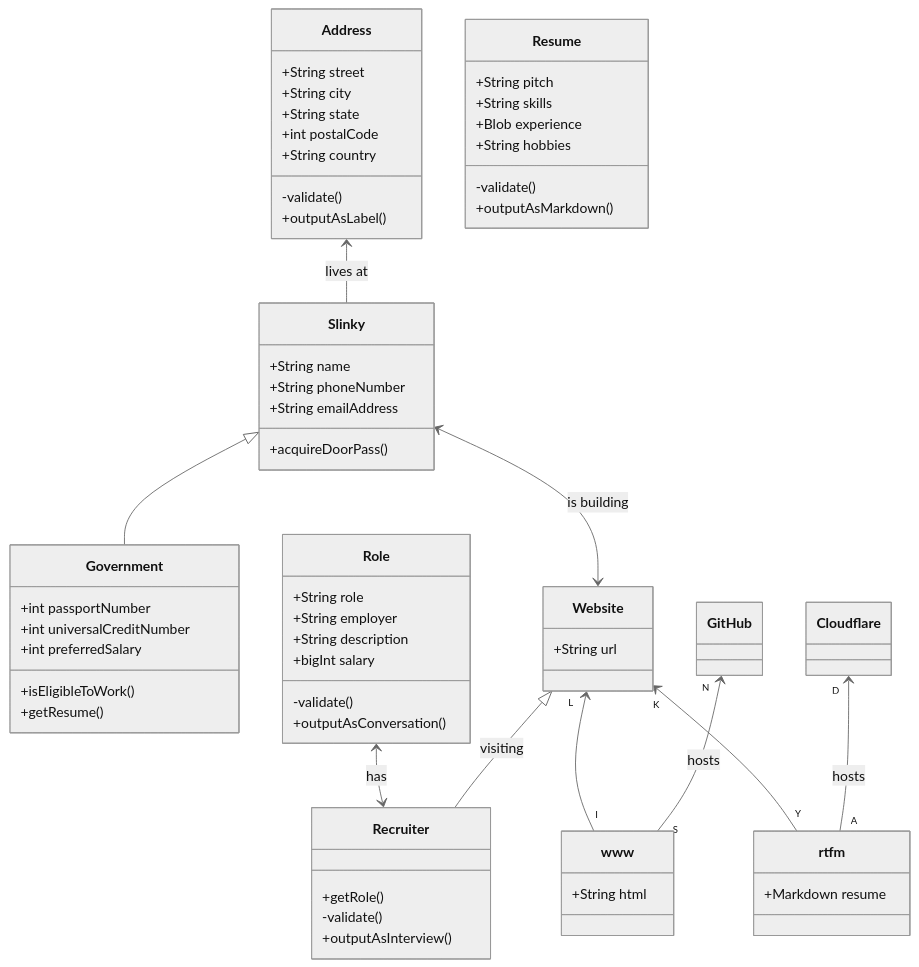
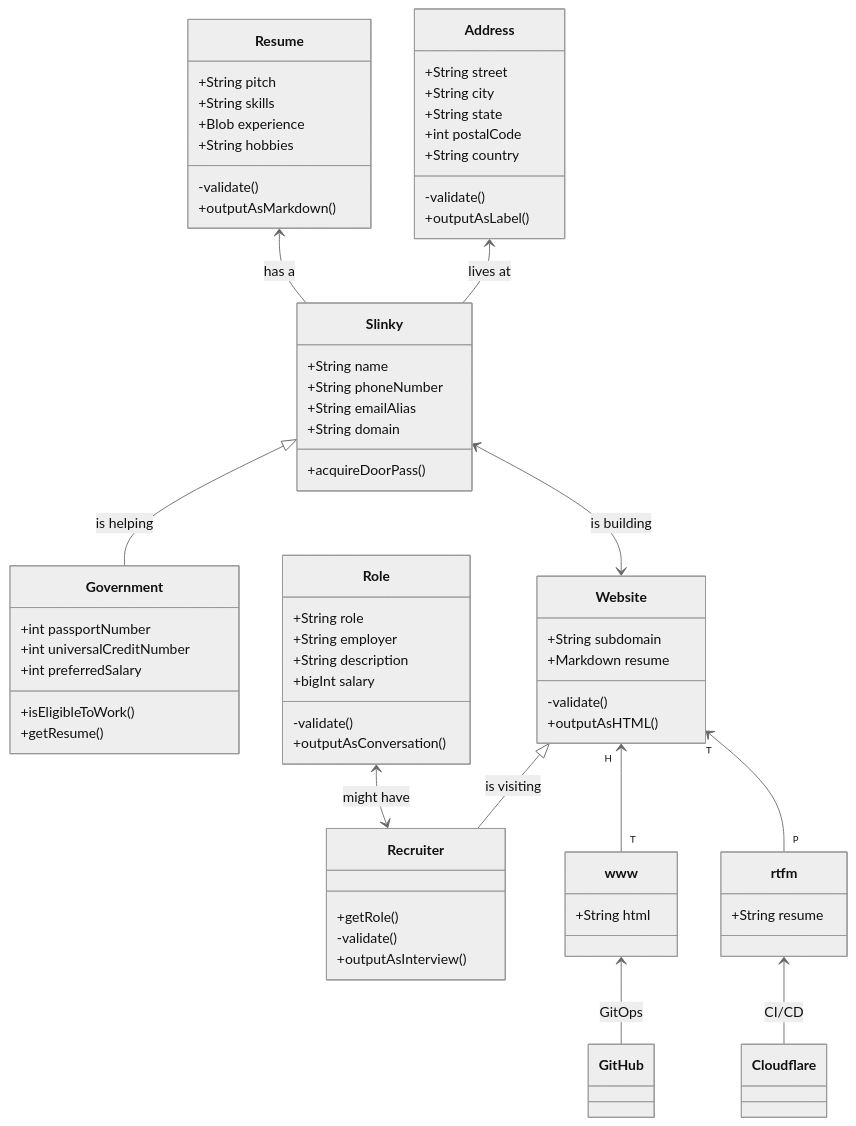
The diagram in docs/index.md (danslinky/danslinky.co.uk), drawn with Mermaid (neutral theme) before and after one commit.

Commit message:
fix the class diagram a bit

````diff
--- a/docs/index.md
+++ b/docs/index.md
@@ -3,64 +3,72 @@
 ``` mermaid
 classDiagram
-  Slinky <|-- Government
-  Website <|-- Recruiter:visiting
-  Role <--> Recruiter:has
+  Slinky <|-- Government:is helping
+  Website <|-- Recruiter:is visiting
+  Role <--> Recruiter:might have
   Slinky <--> Website:is building
   Slinky : +String name
   Slinky : +String phoneNumber
-  Slinky : +String emailAddress
+  Slinky : +String emailAlias
+  Slinky : +String domain
   Slinky: +acquireDoorPass()
   Address "" <-- "" Slinky:lives at
+  Resume "" <-- "" Slinky:has a
   class Government{
     +int passportNumber
     +int universalCreditNumber
     +int preferredSalary
     +isEligibleToWork()
     +getResume()
   }
   class Website {
-    +String url
+    +String subdomain
+    +Markdown resume
+    -validate()
+    +outputAsHTML()
   }
   class www{
     +String html
   }
   class rtfm{
-    +Markdown resume
+    +String resume
   }
   class Cloudflare{ }
   class GitHub{ }
-  Cloudflare "D" <-- "A" rtfm:hosts
-  GitHub "N" <-- "S" www:hosts
-  Website "L" <-- "I" www
-  Website "K" <-- "Y" rtfm
+
+  rtfm "" <-- "" Cloudflare:CI/CD
+  www "" <-- "" GitHub:GitOps
+  
+  Website "H" <-- "T" www
+  Website "T" <-- "P" rtfm
+  
   class Recruiter{
     +getRole()
     -validate()
     +outputAsInterview()
   }
   class Role{
     +String role
     +String employer
     +String description
     +bigInt salary
     -validate()
     +outputAsConversation()
   }
   class Resume{
     +String pitch
     +String skills
     +Blob   experience
     +String hobbies
     -validate()
     +outputAsMarkdown()
   }
   class Address{
     +String street
     +String city
     +String state
     +int postalCode
     +String country
     -validate()
     +outputAsLabel()  
   }
 ```
````
